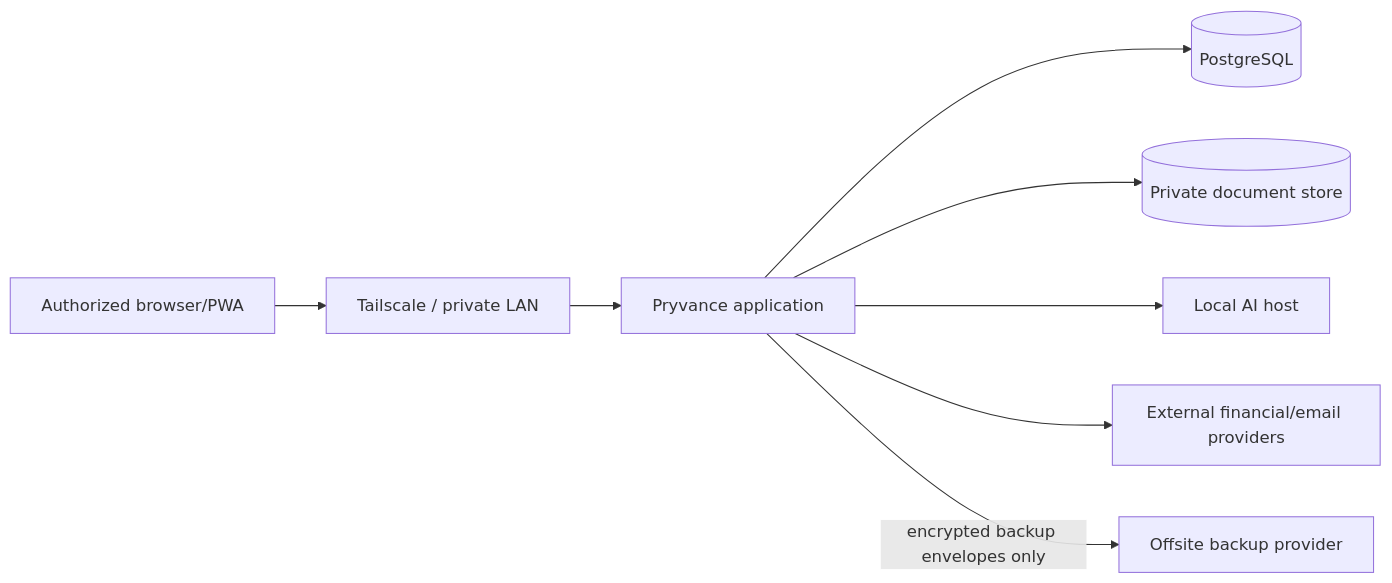
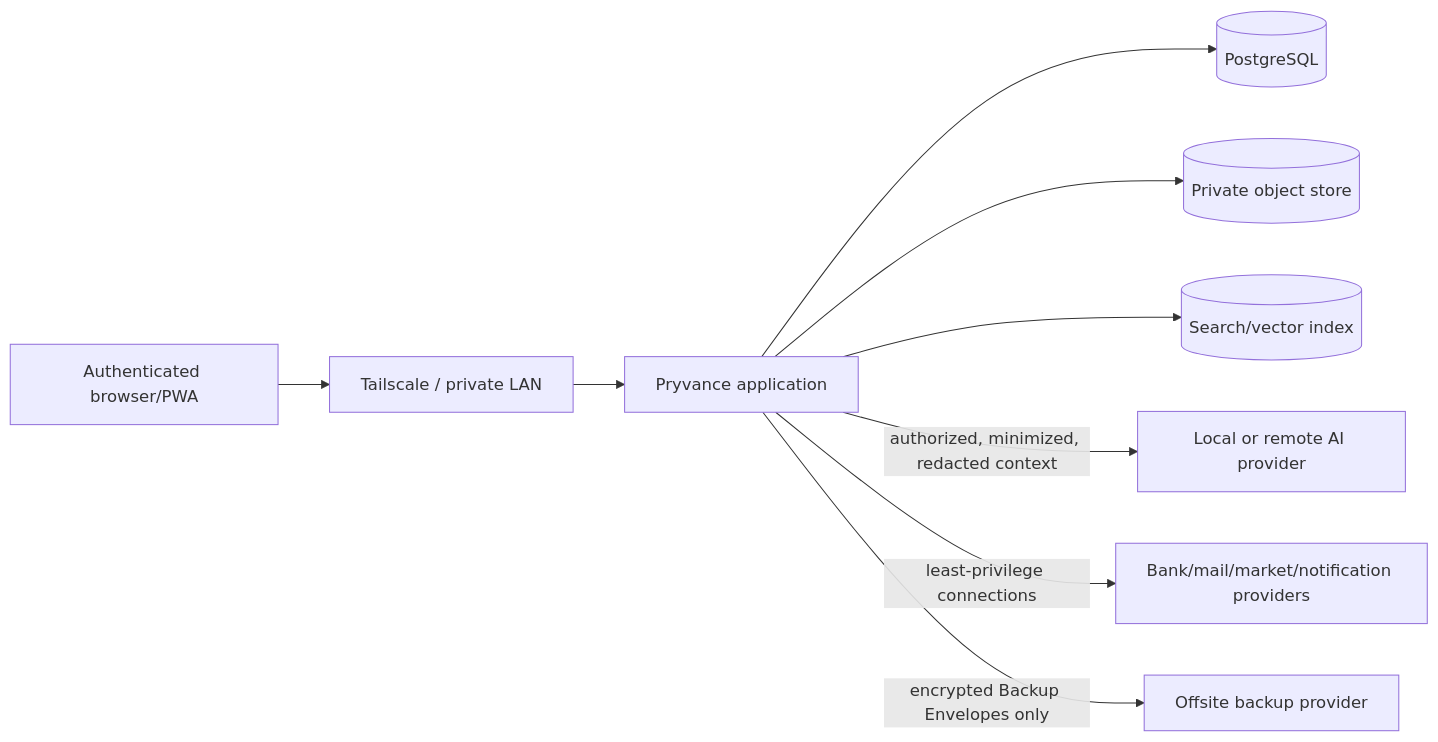
One commit to blac9216/Pryvance changed the diagram in docs/explanation/security.md. Above: the diagram before and after it, drawn with Mermaid. The commit also changed other lines of this file, not shown here.

````diff
--- a/docs/explanation/security.md
+++ b/docs/explanation/security.md
@@ -9,18 +11,20 @@
 ```mermaid
 flowchart LR
-    User[Authorized browser/PWA]
-    Tail[Tailscale / private LAN]
+    User[Authenticated browser/PWA]
+    Net[Tailscale / private LAN]
     App[Pryvance application]
     DB[(PostgreSQL)]
-    Store[(Private document store)]
-    AI[Local AI host]
-    Ext[External financial/email providers]
+    Store[(Private object store)]
+    Search[(Search/vector index)]
+    AI[Local or remote AI provider]
+    Ext[Bank/mail/market/notification providers]
     Backup[Offsite backup provider]
 
-    User --> Tail --> App
+    User --> Net --> App
     App --> DB
     App --> Store
-    App --> AI
-    App --> Ext
-    App -->|encrypted backup envelopes only| Backup
+    App --> Search
+    App -->|authorized, minimized, redacted context| AI
+    App -->|least-privilege connections| Ext
+    App -->|encrypted Backup Envelopes only| Backup
 ```
````
